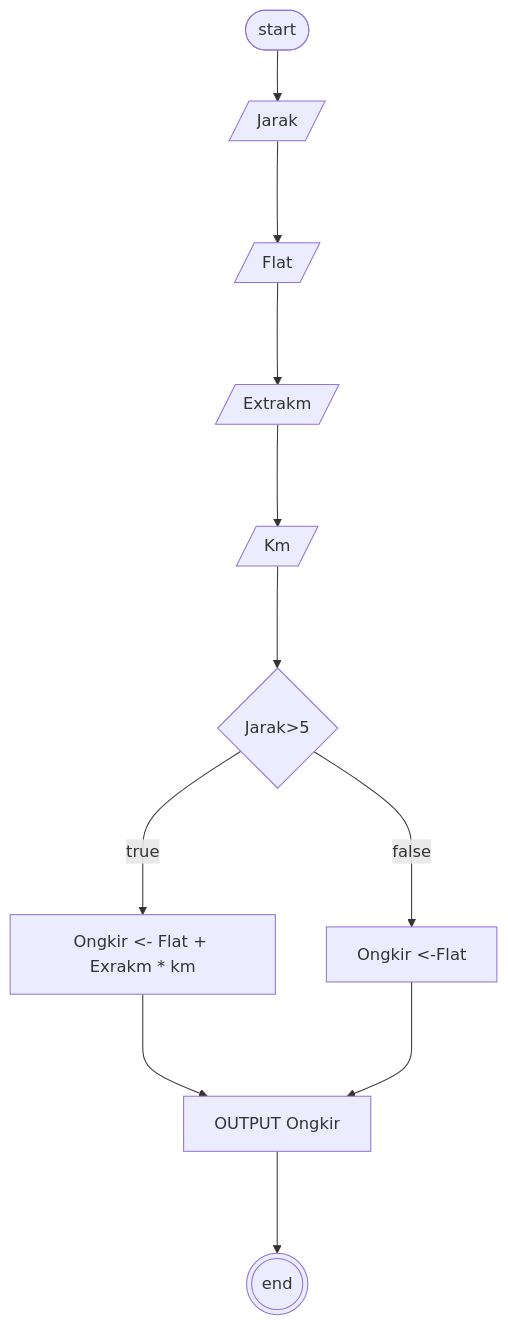
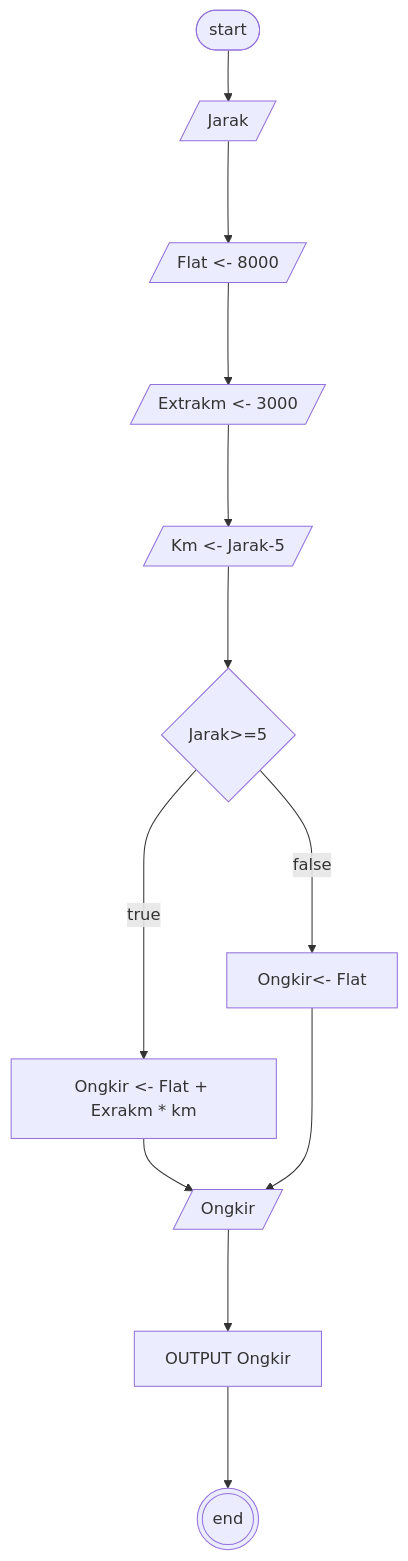
Before and after one commit to ghifar1327/koda-b4-algoritma: the diagram in minitask8.md, drawn with Mermaid.

````diff
--- a/minitask8.md
+++ b/minitask8.md
@@ -3,8 +3,9 @@
 ```mermaid
 flowchart TB
-a([start])-->b[/Jarak/]--->c[/Flat/]--->d[/Extrakm/]--->e[/Km/]--->f{Jarak>5}--->|true|g[Ongkir <- Flat + Exrakm * km ]
-f--->|false|h[Ongkir <-Flat]
-g--->j[OUTPUT Ongkir]
-h--->j
-j--->l(((end)))
+a([start])-->b[/Jarak/]--->c[/Flat <- 8000/]--->d[/Extrakm <- 3000/]--->e[/Km <- Jarak-5/]--->f{Jarak>=5}--->|true|g[Ongkir <- Flat + Exrakm * km ]
+f--->|false|h[ Ongkir<- Flat]
+g-->i[/Ongkir/]
+h--->i
+i--->j[OUTPUT Ongkir]
+j--->k(((end)))
 ```
````
